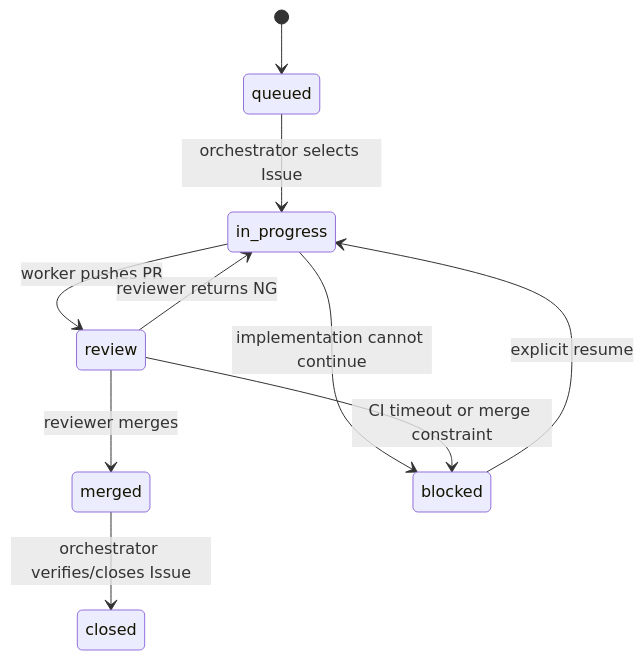
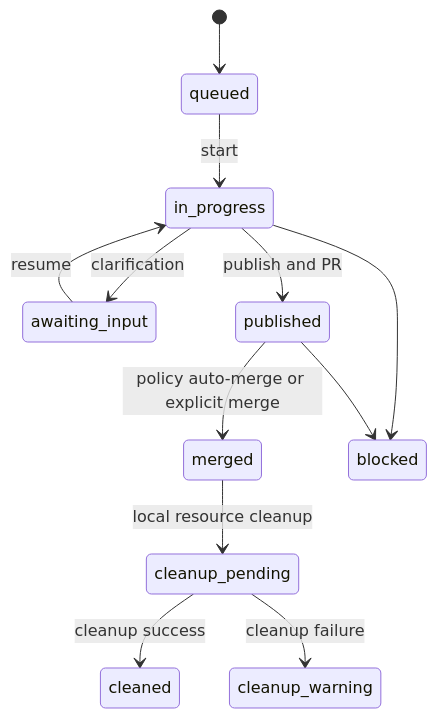
The diagram in .agents/skills/issue-orchestrator/references/protocol.md (masaki-shinkawa-adglobe/hackathon-20260725), drawn with Mermaid before and after one commit. The commit also changed other lines of this file and 10 other files, not shown here.

````diff
--- a/.agents/skills/issue-orchestrator/references/protocol.md
+++ b/.agents/skills/issue-orchestrator/references/protocol.md
@@ -7,12 +7,14 @@
 ```mermaid
 stateDiagram-v2
     [*] --> queued
-    queued --> in_progress: orchestrator selects Issue
-    in_progress --> review: worker pushes PR
-    review --> in_progress: reviewer returns NG
-    review --> merged: reviewer merges
-    in_progress --> blocked: implementation cannot continue
-    review --> blocked: CI timeout or merge constraint
-    blocked --> in_progress: explicit resume
-    merged --> closed: orchestrator verifies/closes Issue
+    queued --> in_progress: start
+    in_progress --> awaiting_input: clarification
+    awaiting_input --> in_progress: resume
+    in_progress --> published: publish and PR
+    published --> merged: policy auto-merge or explicit merge
+    merged --> cleanup_pending: local resource cleanup
+    cleanup_pending --> cleaned: cleanup success
+    cleanup_pending --> cleanup_warning: cleanup failure
+    in_progress --> blocked
+    published --> blocked
 ```
````
